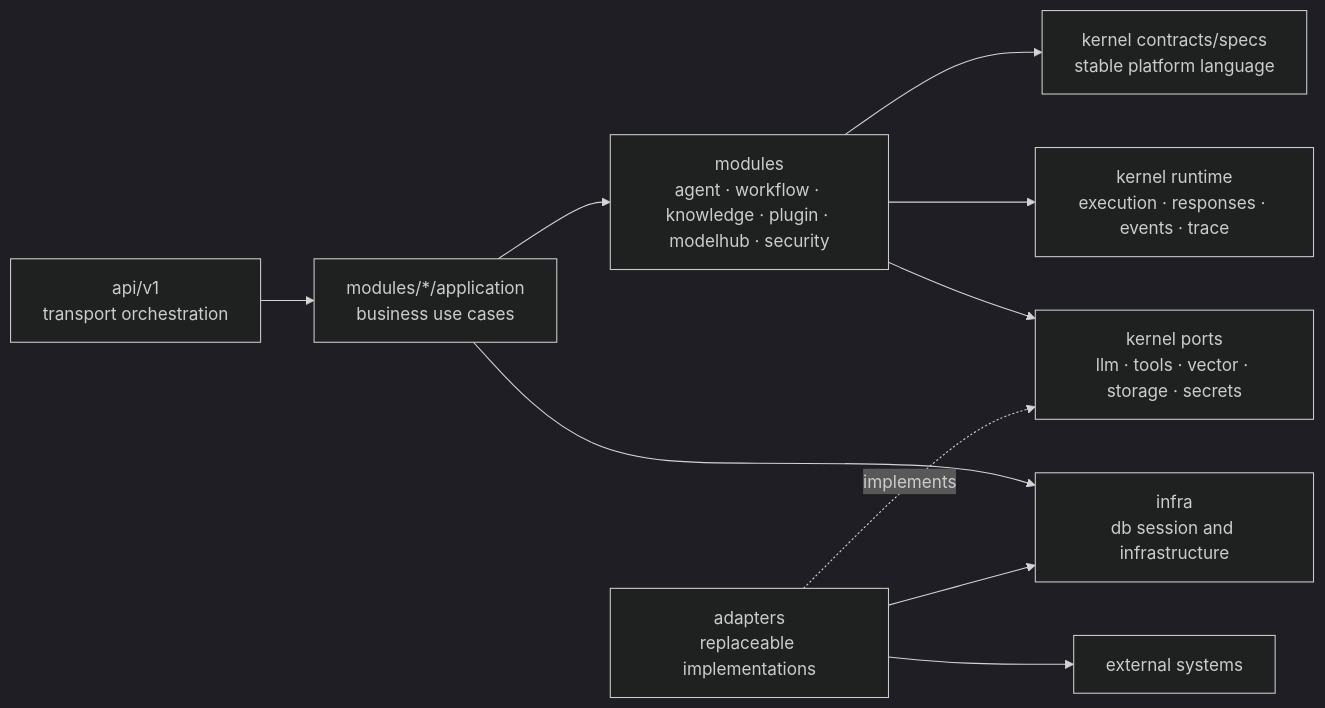
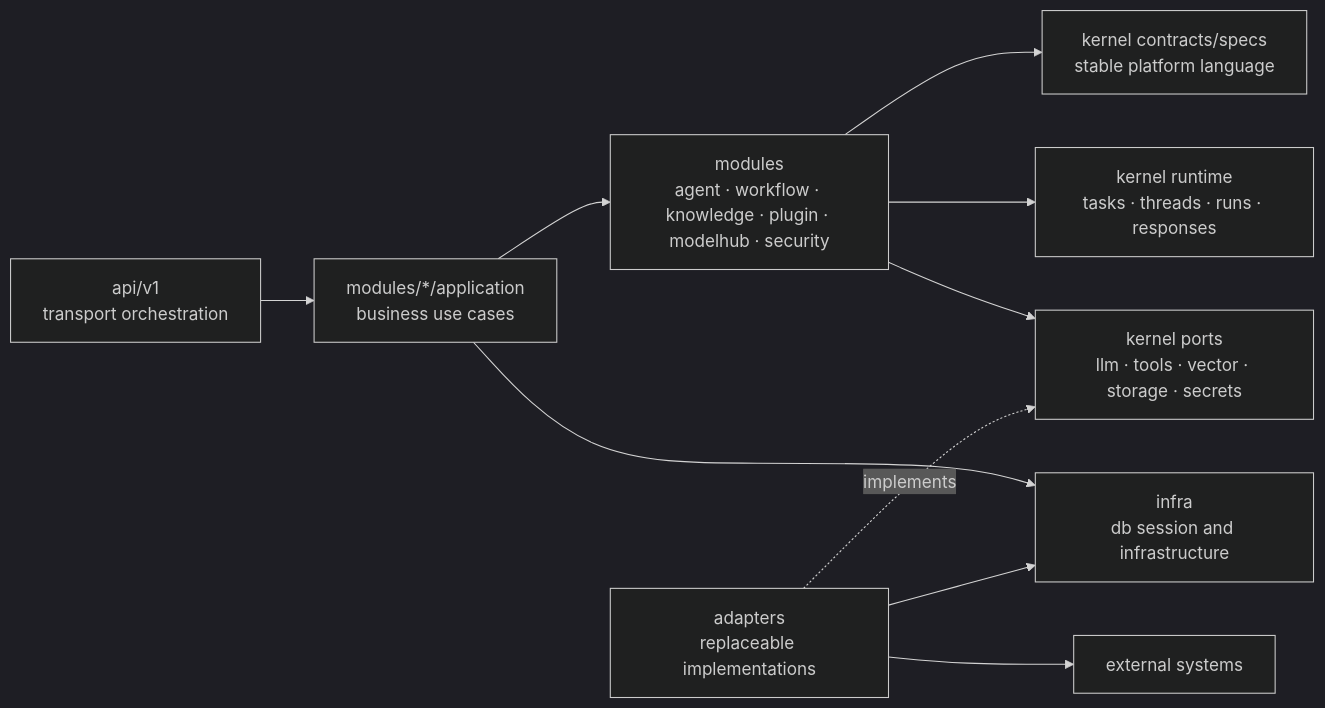
The fifth of 7 diagrams in docs/PLATFORM_ARCHITECTURE.md (soit-ai/soit), drawn with Mermaid (dark theme) before and after one commit. The commit also changed other lines of this file and 352 other files, not shown here.

````diff
--- a/docs/PLATFORM_ARCHITECTURE.md
+++ b/docs/PLATFORM_ARCHITECTURE.md
@@ -229,22 +228,22 @@
 ```mermaid
 flowchart LR
   Transport["api/v1<br/>transport orchestration"]
   AppServices["modules/*/application<br/>business use cases"]
   Domain["modules<br/>agent · workflow · knowledge · plugin · modelhub · security"]
   KernelContracts["kernel contracts/specs<br/>stable platform language"]
-  KernelRuntime["kernel runtime<br/>execution · responses · events · trace"]
+  KernelRuntime["kernel runtime<br/>tasks · threads · runs · responses"]
   KernelPorts["kernel ports<br/>llm · tools · vector · storage · secrets"]
   Adapters["adapters<br/>replaceable implementations"]
   Infra["infra<br/>db session and infrastructure"]
   External["external systems"]
 
   Transport --> AppServices
   AppServices --> Domain
   Domain --> KernelContracts
   Domain --> KernelRuntime
   Domain --> KernelPorts
   Adapters -. implements .-> KernelPorts
   AppServices --> Infra
   Adapters --> Infra
   Adapters --> External
 ```
````
